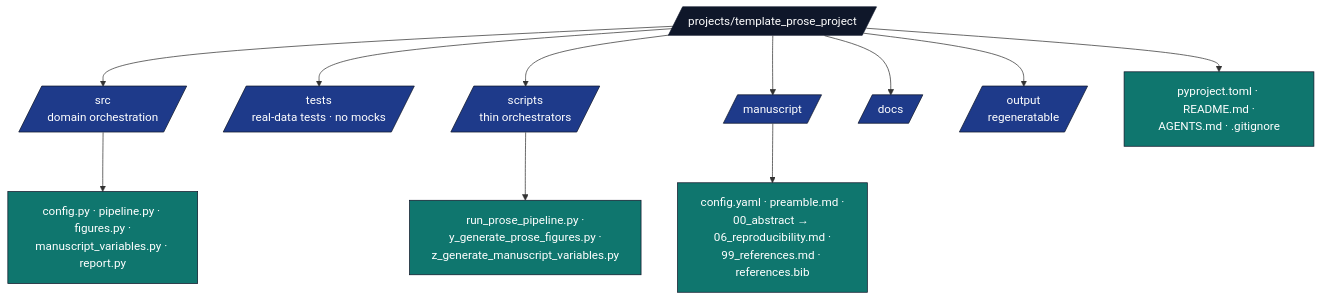
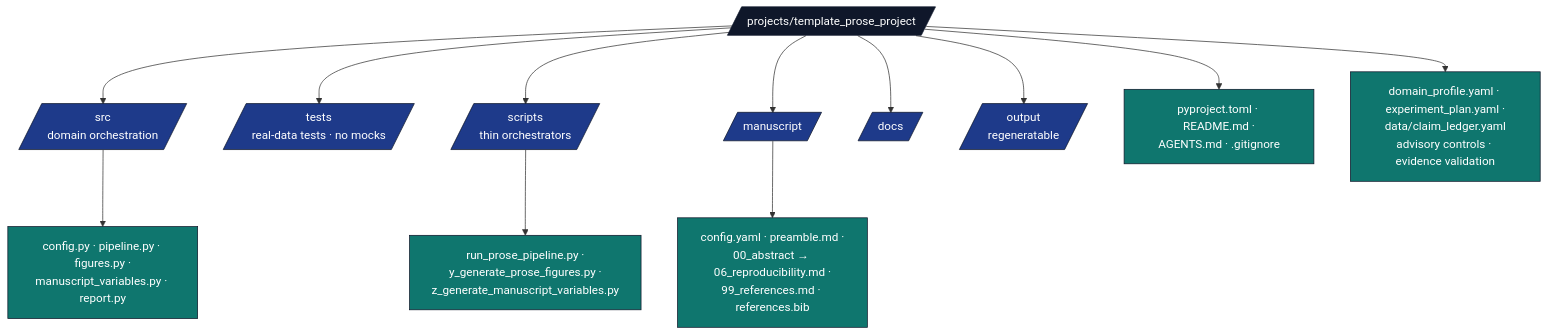
Before and after one commit to docxology/template: the diagram in projects/template_prose_project/AGENTS.md, drawn with Mermaid. The commit also changed other lines of this file and 482 other files, not shown here.

````diff
--- a/projects/template_prose_project/AGENTS.md
+++ b/projects/template_prose_project/AGENTS.md
@@ -13,22 +13,23 @@
 ```mermaid
 flowchart TB
     P[/projects/template_prose_project/]
     P --> SRC[/src<br/>domain orchestration/]
     P --> T[/tests<br/>real-data tests · no mocks/]
     P --> SC[/scripts<br/>thin orchestrators/]
     P --> M[/manuscript/]
     P --> DOCS[/docs/]
     P --> OUT[/output<br/>regeneratable/]
     P --> META[pyproject.toml · README.md ·<br/>AGENTS.md · .gitignore]
+    P --> OVERLAY[domain_profile.yaml · experiment_plan.yaml ·<br/>data/claim_ledger.yaml<br/>advisory controls · evidence validation]
 
     SRC --> SRC_F[config.py · pipeline.py · figures.py ·<br/>manuscript_variables.py · report.py]
     SC --> SC_F[run_prose_pipeline.py ·<br/>y_generate_prose_figures.py ·<br/>z_generate_manuscript_variables.py]
     M --> M_F[config.yaml · preamble.md ·<br/>00_abstract → 06_reproducibility.md ·<br/>99_references.md · references.bib]
 
     classDef d fill:#0f172a,stroke:#0f172a,color:#fff
     classDef pkg fill:#1e3a8a,stroke:#0f172a,color:#fff
     classDef f fill:#0f766e,stroke:#0f172a,color:#fff
     class P d
     class SRC,T,SC,M,DOCS,OUT pkg
-    class SRC_F,SC_F,M_F,META f
+    class SRC_F,SC_F,M_F,META,OVERLAY f
 ```
````
